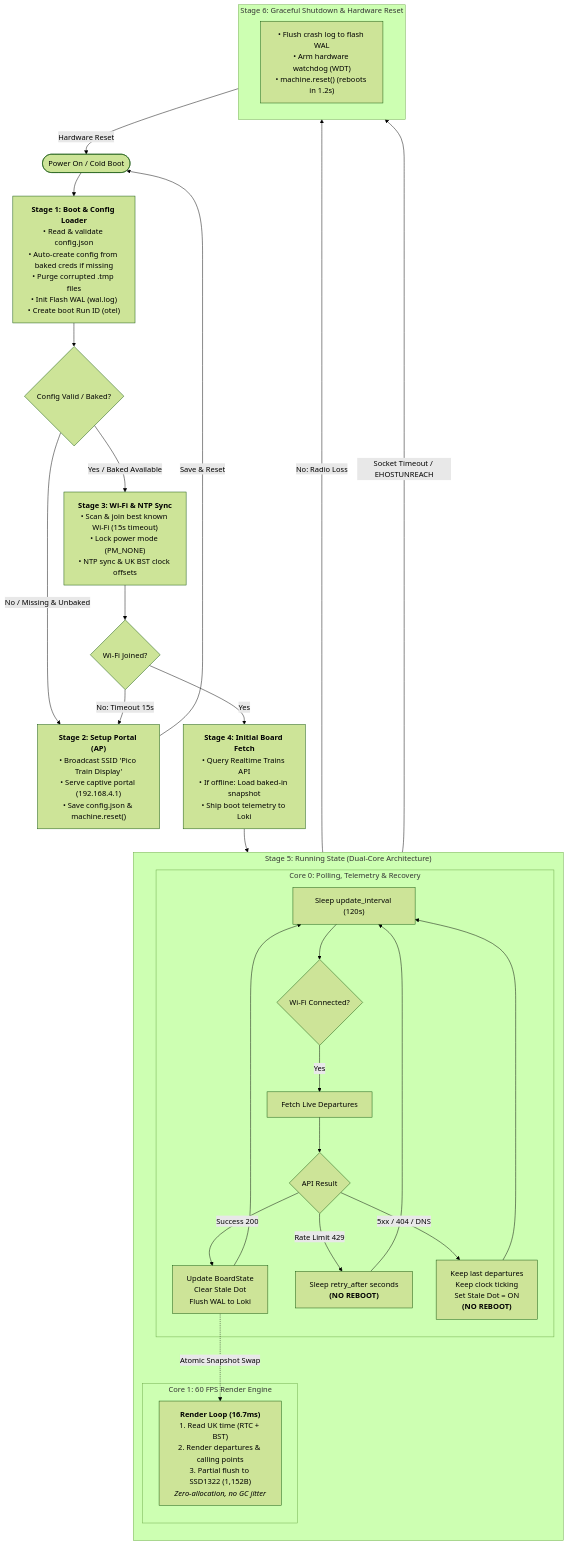
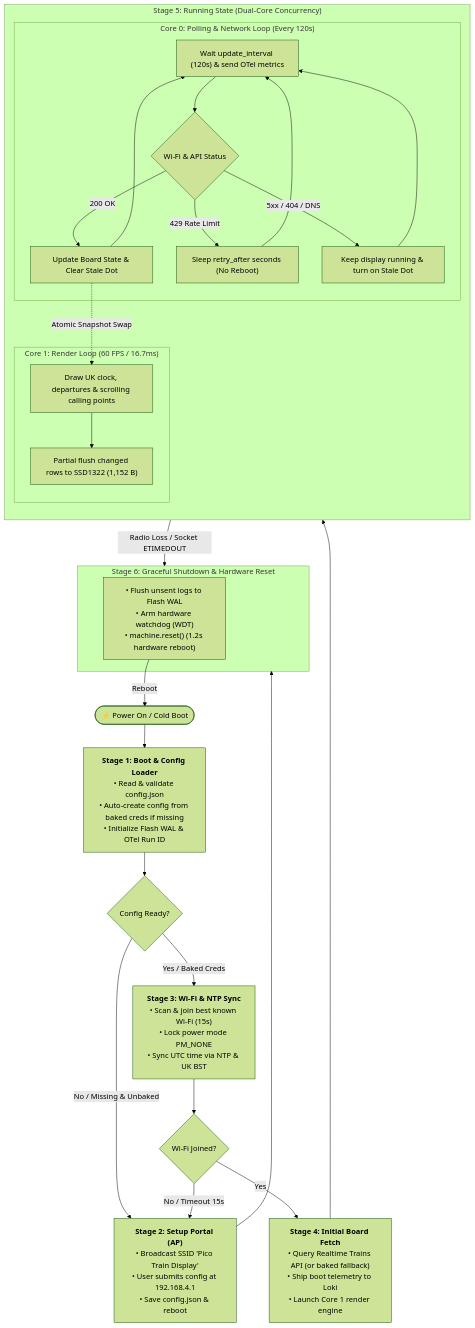
Before and after one commit to ben-to-go/pico_train_display: the diagram in docs/execution-stages.md, drawn with Mermaid (forest theme).

Commit message:
Reorder Mermaid execution lifecycle flowchart for clean top-down flow

````diff
--- a/docs/execution-stages.md
+++ b/docs/execution-stages.md
@@ -11,53 +11,53 @@
 ```mermaid
 flowchart TD
-    Boot([Power On / Cold Boot]) --> S1["<b>Stage 1: Boot & Config Loader</b><br/>• Read & validate config.json<br/>• Auto-create config from baked creds if missing<br/>• Purge corrupted .tmp files<br/>• Init Flash WAL (wal.log)<br/>• Create boot Run ID (otel)"]
+    Boot([⚡ Power On / Cold Boot]) --> S1
 
-    S1 --> DecisionConfig{Config Valid / Baked?}
-    
-    DecisionConfig -->|No / Missing & Unbaked| S2["<b>Stage 2: Setup Portal (AP)</b><br/>• Broadcast SSID 'Pico Train Display'<br/>• Serve captive portal (192.168.4.1)<br/>• Save config.json & machine.reset()"]
-    S2 -->|Save & Reset| Boot
+    %% Stage 1: Boot
+    S1["<b>Stage 1: Boot & Config Loader</b><br/>• Read & validate config.json<br/>• Auto-create config from baked creds if missing<br/>• Initialize Flash WAL & OTel Run ID"] --> CheckConfig{Config Ready?}
 
-    DecisionConfig -->|Yes / Baked Available| S3["<b>Stage 3: Wi-Fi & NTP Sync</b><br/>• Scan & join best known Wi-Fi (15s timeout)<br/>• Lock power mode (PM_NONE)<br/>• NTP sync & UK BST clock offsets"]
+    %% Provisioning vs Normal Start
+    CheckConfig -->|No / Missing & Unbaked| S2["<b>Stage 2: Setup Portal (AP)</b><br/>• Broadcast SSID 'Pico Train Display'<br/>• User submits config at 192.168.4.1<br/>• Save config.json & reboot"]
+    CheckConfig -->|Yes / Baked Creds| S3["<b>Stage 3: Wi-Fi & NTP Sync</b><br/>• Scan & join best known Wi-Fi (15s)<br/>• Lock power mode PM_NONE<br/>• Sync UTC time via NTP & UK BST"]
 
-    S3 --> DecisionWifi{Wi-Fi Joined?}
-    DecisionWifi -->|No: Timeout 15s| S2
-    DecisionWifi -->|Yes| S4["<b>Stage 4: Initial Board Fetch</b><br/>• Query Realtime Trains API<br/>• If offline: Load baked-in snapshot<br/>• Ship boot telemetry to Loki"]
+    %% Setup loops to reboot
+    S2 --> S6
 
+    %% Stage 3 to 4
+    S3 --> CheckWifi{Wi-Fi Joined?}
+    CheckWifi -->|No / Timeout 15s| S2
+    CheckWifi -->|Yes| S4["<b>Stage 4: Initial Board Fetch</b><br/>• Query Realtime Trains API (or baked fallback)<br/>• Ship boot telemetry to Loki<br/>• Launch Core 1 render engine"]
 
-    S4 --> Stage5
+    %% Stage 4 to Stage 5
+    S4 --> S5
 
-    subgraph Stage5 ["Stage 5: Running State (Dual-Core Architecture)"]
+    %% Stage 5: Running State
+    subgraph S5 ["Stage 5: Running State (Dual-Core Concurrency)"]
         direction TB
-        
-        subgraph Core1 ["Core 1: 60 FPS Render Engine"]
-            RenderLoop["<b>Render Loop (16.7ms)</b><br/>1. Read UK time (RTC + BST)<br/>2. Render departures & calling points<br/>3. Partial flush to SSD1322 (1,152B)<br/><i>Zero-allocation, no GC jitter</i>"]
+
+        subgraph C1 ["Core 1: Render Loop (60 FPS / 16.7ms)"]
+            R1["Draw UK clock, departures & scrolling calling points"] --> R2["Partial flush changed rows to SSD1322 (1,152 B)"]
         end
 
-        subgraph Core0 ["Core 0: Polling, Telemetry & Recovery"]
-            PollWait["Sleep update_interval (120s)"] --> CheckLink{Wi-Fi Connected?}
-            
-            CheckLink -->|Yes| FetchAPI["Fetch Live Departures"]
-            
-            FetchAPI --> DecisionAPI{API Result}
-            DecisionAPI -->|Success 200| UpdateBoard["Update BoardState<br/>Clear Stale Dot<br/>Flush WAL to Loki"]
-            UpdateBoard --> PollWait
-
-            DecisionAPI -->|Rate Limit 429| Backoff["Sleep retry_after seconds<br/><b>(NO REBOOT)</b>"]
-            Backoff --> PollWait
-
-            DecisionAPI -->|5xx / 404 / DNS| StaleHold["Keep last departures<br/>Keep clock ticking<br/>Set Stale Dot = ON<br/><b>(NO REBOOT)</b>"]
-            StaleHold --> PollWait
+        subgraph C0 ["Core 0: Polling & Network Loop (Every 120s)"]
+            P1["Wait update_interval (120s) & send OTel metrics"] --> P2{Wi-Fi & API Status}
+            P2 -->|200 OK| P3["Update Board State & Clear Stale Dot"]
+            P2 -->|429 Rate Limit| P4["Sleep retry_after seconds (No Reboot)"]
+            P2 -->|5xx / 404 / DNS| P5["Keep display running & turn on Stale Dot"]
+            P3 --> P1
+            P4 --> P1
+            P5 --> P1
         end
 
-        UpdateBoard -.->|Atomic Snapshot Swap| RenderLoop
+        P3 -.->|Atomic Snapshot Swap| R1
     end
 
-    CheckLink -->|No: Radio Loss| S6
-    DecisionAPI -->|Socket Timeout / EHOSTUNREACH| S6
+    %% Fatal Error Trigger
+    P2 -->|Radio Loss / Socket ETIMEDOUT| S6
 
+    %% Stage 6: Shutdown & Reset
     subgraph S6 ["Stage 6: Graceful Shutdown & Hardware Reset"]
-        Shutdown["• Flush crash log to flash WAL<br/>• Arm hardware watchdog (WDT)<br/>• machine.reset() (reboots in 1.2s)"]
+        Reset["• Flush unsent logs to Flash WAL<br/>• Arm hardware watchdog (WDT)<br/>• machine.reset() (1.2s hardware reboot)"]
     end
 
-    S6 -->|Hardware Reset| Boot
+    Reset -->|Reboot| Boot
 ```
````
